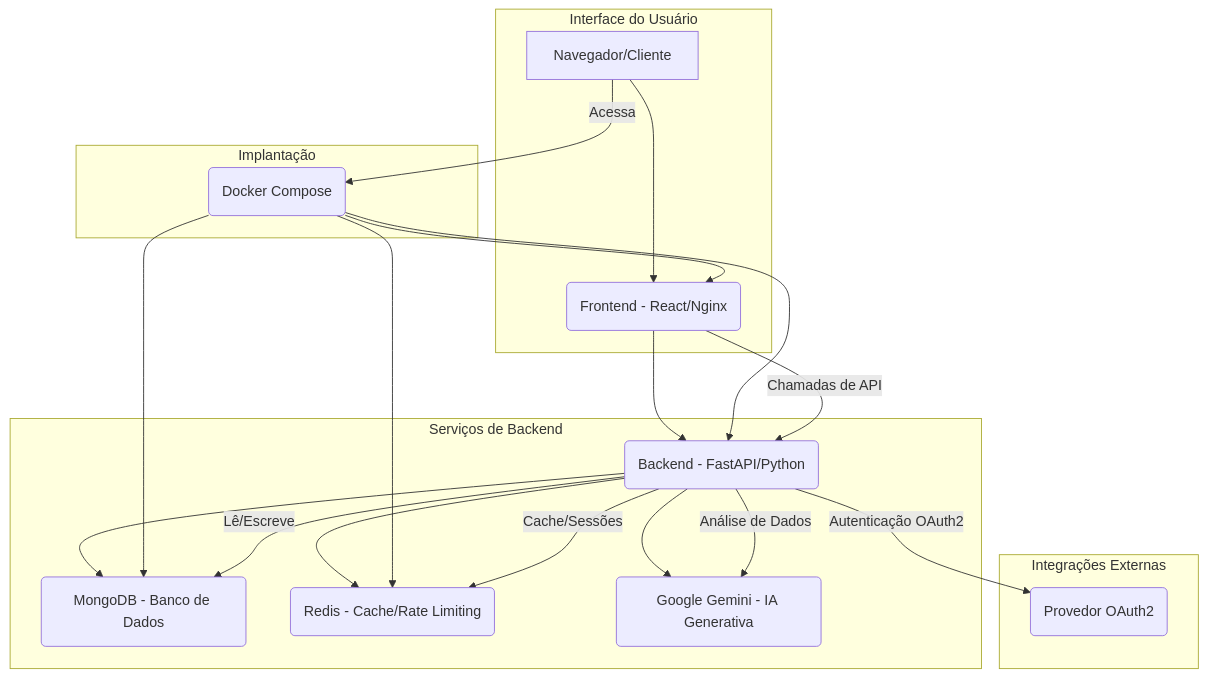
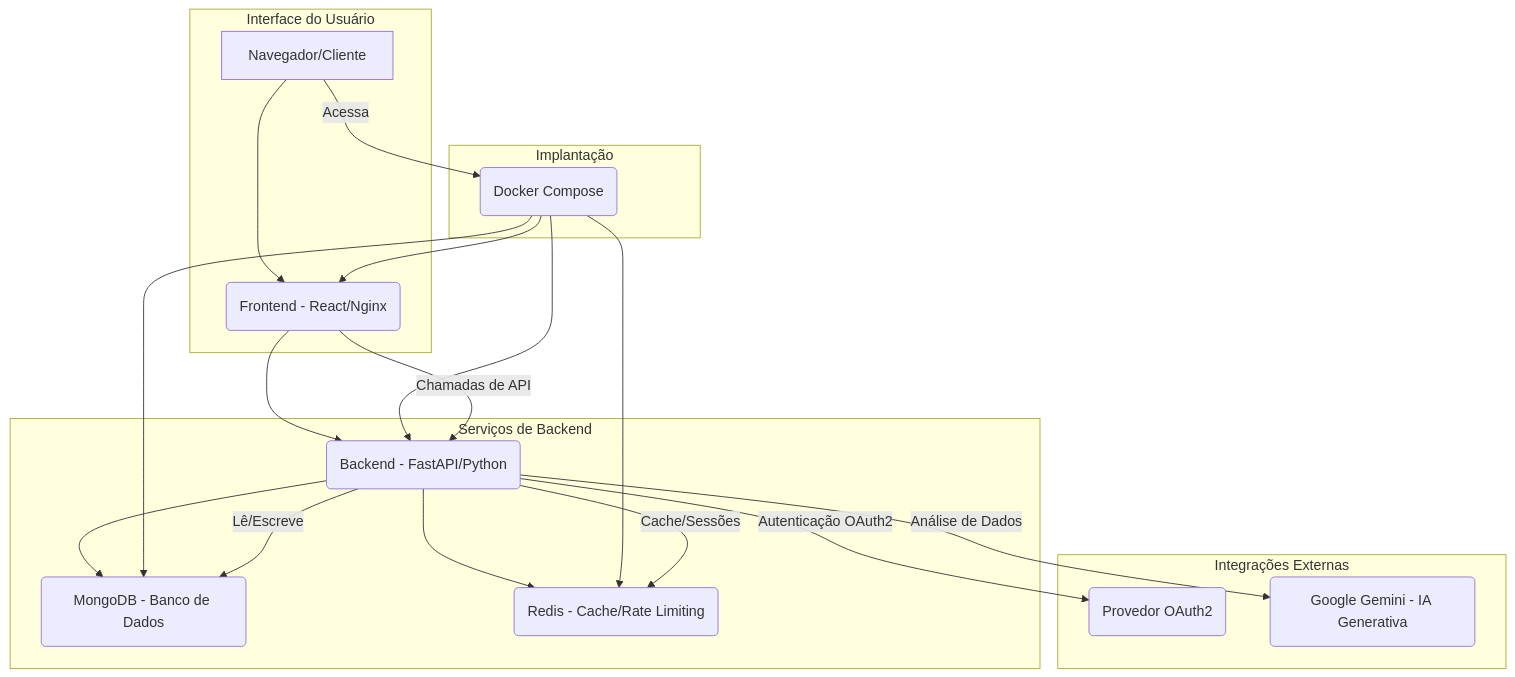
One commit to ragmarotta/service-catalog changed the diagram in docs/integration_diagram.md. Above: the diagram before and after it, drawn with Mermaid.

Commit message:
Atualização de modelos

````diff
--- a/docs/integration_diagram.md
+++ b/docs/integration_diagram.md
@@ -1,30 +1,29 @@
 ```mermaid
 graph TD
     subgraph Interface do Usuário
         A[Navegador/Cliente] --> B(Frontend - React/Nginx)
     end
 
     subgraph Serviços de Backend
         B --> C(Backend - FastAPI/Python)
         C --> D(MongoDB - Banco de Dados)
         C --> E(Redis - Cache/Rate Limiting)
-        C --> H(Google Gemini - IA Generativa)
     end
 
     subgraph Integrações Externas
         C -- Autenticação OAuth2 --> F(Provedor OAuth2)
-        C -- Análise de Dados --> H
+        C -- Análise de Dados --> H(Google Gemini - IA Generativa)
     end
 
     subgraph Implantação
         A -- Acessa --> G(Docker Compose)
         G --> B
         G --> C
         G --> D
         G --> E
     end
 
     B -- Chamadas de API --> C
     C -- Lê/Escreve --> D
     C -- Cache/Sessões --> E
 ```
````
